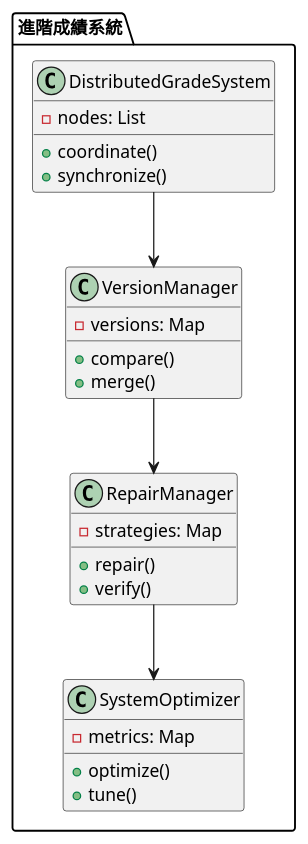
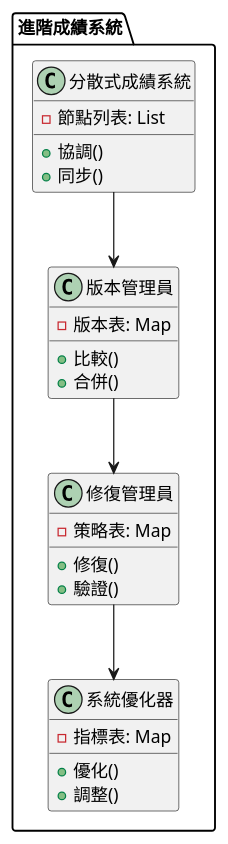
Before and after one commit to fine5351/info-sync: the third of 3 diagrams in doc/learning/architecture/eventual_consistency_tutorial.md, drawn with PlantUML. The commit also changed other lines of this file and 35 other files, not shown here.

````diff
--- a/doc/learning/architecture/eventual_consistency_tutorial.md
+++ b/doc/learning/architecture/eventual_consistency_tutorial.md
@@ -308,33 +308,33 @@
 ```plantuml
 @startuml
 package "進階成績系統" {
-    class DistributedGradeSystem {
-        - nodes: List
-        + coordinate()
-        + synchronize()
+    class 分散式成績系統 {
+        - 節點列表: List
+        + 協調()
+        + 同步()
     }
     
-    class VersionManager {
-        - versions: Map
-        + compare()
-        + merge()
+    class 版本管理員 {
+        - 版本表: Map
+        + 比較()
+        + 合併()
     }
     
-    class RepairManager {
-        - strategies: Map
-        + repair()
-        + verify()
+    class 修復管理員 {
+        - 策略表: Map
+        + 修復()
+        + 驗證()
     }
     
-    class SystemOptimizer {
-        - metrics: Map
-        + optimize()
-        + tune()
+    class 系統優化器 {
+        - 指標表: Map
+        + 優化()
+        + 調整()
     }
 }
 
-DistributedGradeSystem --> VersionManager
-VersionManager --> RepairManager
-RepairManager --> SystemOptimizer
+分散式成績系統 --> 版本管理員
+版本管理員 --> 修復管理員
+修復管理員 --> 系統優化器
 @enduml
 ```
````
